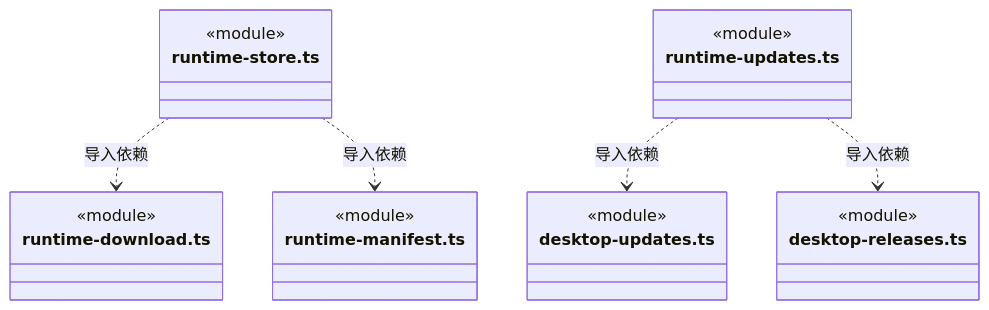
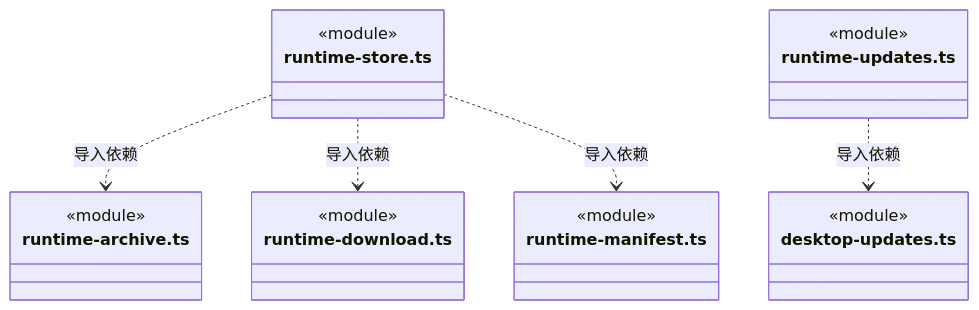
Diagram 25 of 27 in src/logic/updates/service/ARCHITECTURE.md (nan023062/cbim), drawn with Mermaid before and after one commit. The commit also changed other lines of this file and 52 other files, not shown here.

````diff
--- a/src/logic/updates/service/ARCHITECTURE.md
+++ b/src/logic/updates/service/ARCHITECTURE.md
@@ -447,25 +567,25 @@
 ```mermaid
 classDiagram
 class N_src_logic_updates_service_runtime_store_ts["runtime-store.ts"] {
+  <<module>>
+}
+class N_src_logic_updates_service_runtime_archive_ts["runtime-archive.ts"] {
   <<module>>
 }
 class N_src_logic_updates_service_runtime_download_ts["runtime-download.ts"] {
   <<module>>
 }
 class N_src_logic_updates_service_runtime_manifest_ts["runtime-manifest.ts"] {
   <<module>>
 }
 class N_src_logic_updates_service_runtime_updates_ts["runtime-updates.ts"] {
   <<module>>
 }
 class N_src_logic_updates_service_desktop_updates_ts["desktop-updates.ts"] {
   <<module>>
 }
-class N_src_logic_updates_service_desktop_releases_ts["desktop-releases.ts"] {
-  <<module>>
-}
+N_src_logic_updates_service_runtime_store_ts ..> N_src_logic_updates_service_runtime_archive_ts : 导入依赖
 N_src_logic_updates_service_runtime_store_ts ..> N_src_logic_updates_service_runtime_download_ts : 导入依赖
 N_src_logic_updates_service_runtime_store_ts ..> N_src_logic_updates_service_runtime_manifest_ts : 导入依赖
 N_src_logic_updates_service_runtime_updates_ts ..> N_src_logic_updates_service_desktop_updates_ts : 导入依赖
-N_src_logic_updates_service_runtime_updates_ts ..> N_src_logic_updates_service_desktop_releases_ts : 导入依赖
 ```
````
